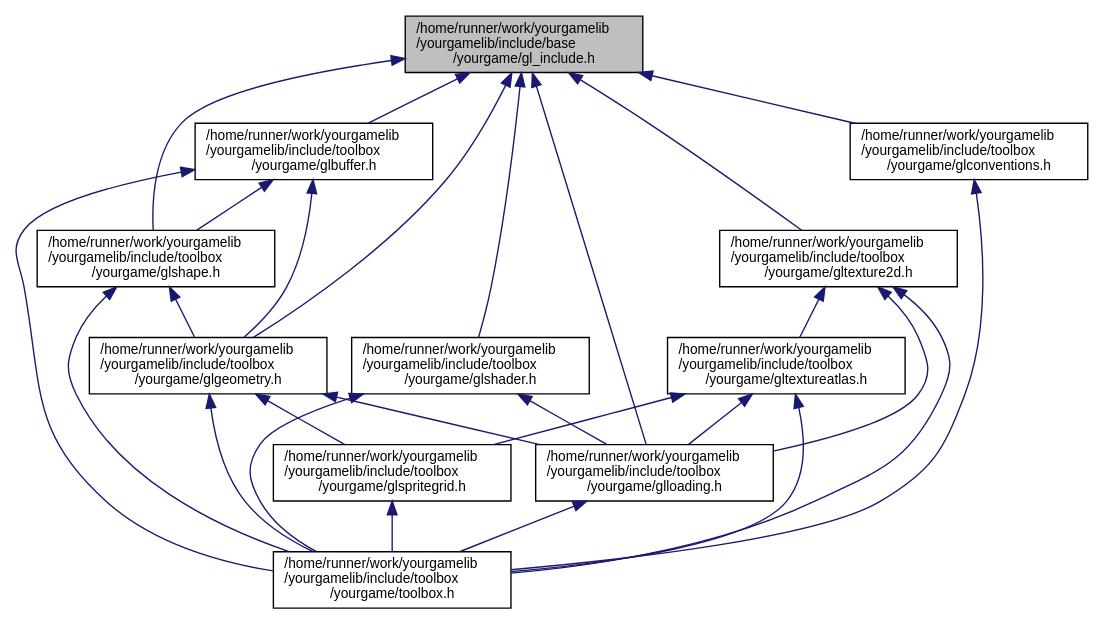
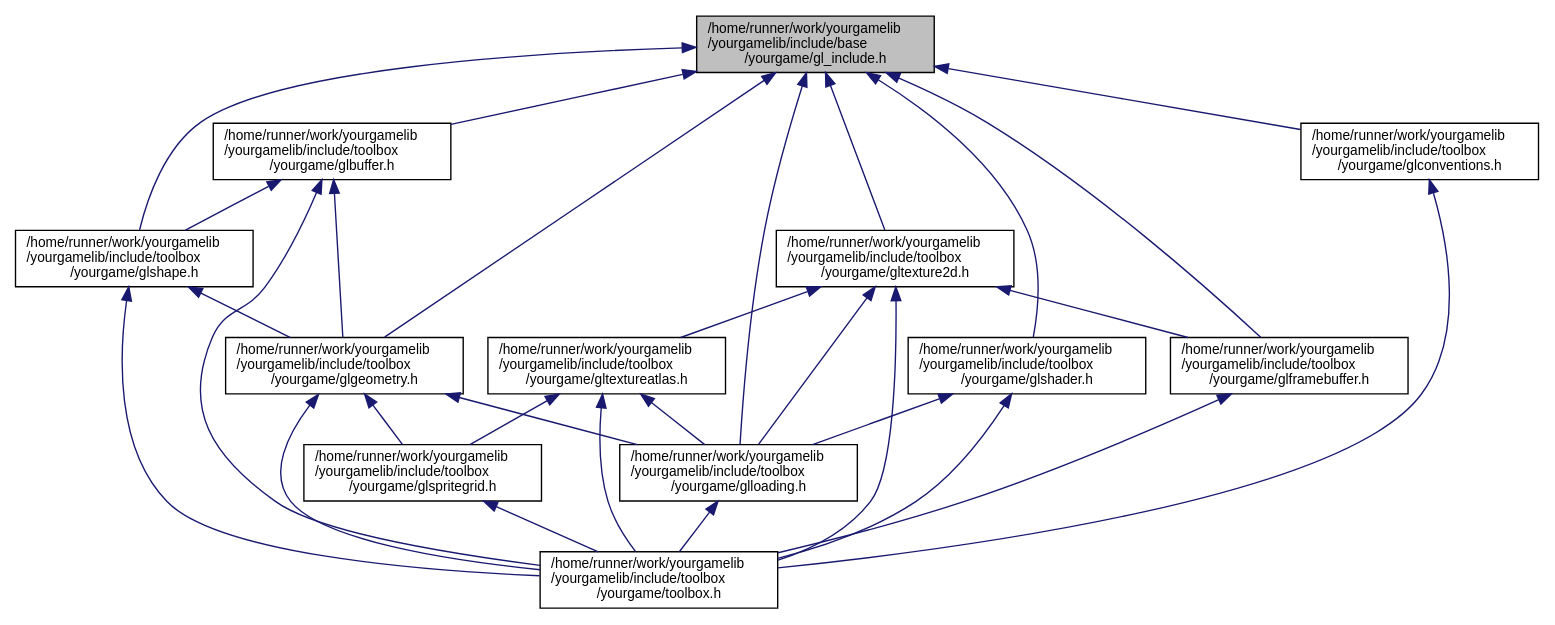
One commit to duddel/yourgamelib changed the diagram in gl__include_8h__dep__incl.dot. Above: the diagram before and after it, drawn with Graphviz. The commit also changed 75 other files, not shown here.

```diff
--- a/gl__include_8h__dep__incl.dot
+++ b/gl__include_8h__dep__incl.dot
@@ -1,42 +1,46 @@
 digraph "/home/runner/work/yourgamelib/yourgamelib/include/base/yourgame/gl_include.h"
 {
   edge [fontname="Helvetica",fontsize="10",labelfontname="Helvetica",labelfontsize="10"];
   node [fontname="Helvetica",fontsize="10",shape=record];
   Node1 [label="/home/runner/work/yourgamelib\l/yourgamelib/include/base\l/yourgame/gl_include.h",height=0.2,width=0.4,color="black", fillcolor="grey75", style="filled", fontcolor="black"];
   Node1 -> Node2 [dir="back",color="midnightblue",fontsize="10",style="solid",fontname="Helvetica"];
   Node2 [label="/home/runner/work/yourgamelib\l/yourgamelib/include/toolbox\l/yourgame/glbuffer.h",height=0.2,width=0.4,color="black", fillcolor="white", style="filled",URL="$glbuffer_8h.html"];
   Node2 -> Node3 [dir="back",color="midnightblue",fontsize="10",style="solid",fontname="Helvetica"];
   Node3 [label="/home/runner/work/yourgamelib\l/yourgamelib/include/toolbox\l/yourgame/glgeometry.h",height=0.2,width=0.4,color="black", fillcolor="white", style="filled",URL="$glgeometry_8h.html"];
   Node3 -> Node4 [dir="back",color="midnightblue",fontsize="10",style="solid",fontname="Helvetica"];
   Node4 [label="/home/runner/work/yourgamelib\l/yourgamelib/include/toolbox\l/yourgame/glloading.h",height=0.2,width=0.4,color="black", fillcolor="white", style="filled",URL="$glloading_8h.html"];
   Node4 -> Node5 [dir="back",color="midnightblue",fontsize="10",style="solid",fontname="Helvetica"];
   Node5 [label="/home/runner/work/yourgamelib\l/yourgamelib/include/toolbox\l/yourgame/toolbox.h",height=0.2,width=0.4,color="black", fillcolor="white", style="filled",URL="$toolbox_8h.html"];
   Node3 -> Node6 [dir="back",color="midnightblue",fontsize="10",style="solid",fontname="Helvetica"];
   Node6 [label="/home/runner/work/yourgamelib\l/yourgamelib/include/toolbox\l/yourgame/glspritegrid.h",height=0.2,width=0.4,color="black", fillcolor="white", style="filled",URL="$glspritegrid_8h.html"];
   Node6 -> Node5 [dir="back",color="midnightblue",fontsize="10",style="solid",fontname="Helvetica"];
   Node3 -> Node5 [dir="back",color="midnightblue",fontsize="10",style="solid",fontname="Helvetica"];
   Node2 -> Node7 [dir="back",color="midnightblue",fontsize="10",style="solid",fontname="Helvetica"];
   Node7 [label="/home/runner/work/yourgamelib\l/yourgamelib/include/toolbox\l/yourgame/glshape.h",height=0.2,width=0.4,color="black", fillcolor="white", style="filled",URL="$glshape_8h.html"];
   Node7 -> Node3 [dir="back",color="midnightblue",fontsize="10",style="solid",fontname="Helvetica"];
   Node7 -> Node5 [dir="back",color="midnightblue",fontsize="10",style="solid",fontname="Helvetica"];
   Node2 -> Node5 [dir="back",color="midnightblue",fontsize="10",style="solid",fontname="Helvetica"];
   Node1 -> Node8 [dir="back",color="midnightblue",fontsize="10",style="solid",fontname="Helvetica"];
   Node8 [label="/home/runner/work/yourgamelib\l/yourgamelib/include/toolbox\l/yourgame/glconventions.h",height=0.2,width=0.4,color="black", fillcolor="white", style="filled",URL="$glconventions_8h.html"];
   Node8 -> Node5 [dir="back",color="midnightblue",fontsize="10",style="solid",fontname="Helvetica"];
+  Node1 -> Node9 [dir="back",color="midnightblue",fontsize="10",style="solid",fontname="Helvetica"];
+  Node9 [label="/home/runner/work/yourgamelib\l/yourgamelib/include/toolbox\l/yourgame/glframebuffer.h",height=0.2,width=0.4,color="black", fillcolor="white", style="filled",URL="$glframebuffer_8h.html"];
+  Node9 -> Node5 [dir="back",color="midnightblue",fontsize="10",style="solid",fontname="Helvetica"];
   Node1 -> Node3 [dir="back",color="midnightblue",fontsize="10",style="solid",fontname="Helvetica"];
   Node1 -> Node7 [dir="back",color="midnightblue",fontsize="10",style="solid",fontname="Helvetica"];
   Node1 -> Node4 [dir="back",color="midnightblue",fontsize="10",style="solid",fontname="Helvetica"];
-  Node1 -> Node9 [dir="back",color="midnightblue",fontsize="10",style="solid",fontname="Helvetica"];
-  Node9 [label="/home/runner/work/yourgamelib\l/yourgamelib/include/toolbox\l/yourgame/glshader.h",height=0.2,width=0.4,color="black", fillcolor="white", style="filled",URL="$glshader_8h.html"];
-  Node9 -> Node4 [dir="back",color="midnightblue",fontsize="10",style="solid",fontname="Helvetica"];
-  Node9 -> Node5 [dir="back",color="midnightblue",fontsize="10",style="solid",fontname="Helvetica"];
   Node1 -> Node10 [dir="back",color="midnightblue",fontsize="10",style="solid",fontname="Helvetica"];
-  Node10 [label="/home/runner/work/yourgamelib\l/yourgamelib/include/toolbox\l/yourgame/gltexture2d.h",height=0.2,width=0.4,color="black", fillcolor="white", style="filled",URL="$gltexture2d_8h.html"];
+  Node10 [label="/home/runner/work/yourgamelib\l/yourgamelib/include/toolbox\l/yourgame/glshader.h",height=0.2,width=0.4,color="black", fillcolor="white", style="filled",URL="$glshader_8h.html"];
   Node10 -> Node4 [dir="back",color="midnightblue",fontsize="10",style="solid",fontname="Helvetica"];
-  Node10 -> Node11 [dir="back",color="midnightblue",fontsize="10",style="solid",fontname="Helvetica"];
-  Node11 [label="/home/runner/work/yourgamelib\l/yourgamelib/include/toolbox\l/yourgame/gltextureatlas.h",height=0.2,width=0.4,color="black", fillcolor="white", style="filled",URL="$gltextureatlas_8h.html"];
+  Node10 -> Node5 [dir="back",color="midnightblue",fontsize="10",style="solid",fontname="Helvetica"];
+  Node1 -> Node11 [dir="back",color="midnightblue",fontsize="10",style="solid",fontname="Helvetica"];
+  Node11 [label="/home/runner/work/yourgamelib\l/yourgamelib/include/toolbox\l/yourgame/gltexture2d.h",height=0.2,width=0.4,color="black", fillcolor="white", style="filled",URL="$gltexture2d_8h.html"];
+  Node11 -> Node9 [dir="back",color="midnightblue",fontsize="10",style="solid",fontname="Helvetica"];
   Node11 -> Node4 [dir="back",color="midnightblue",fontsize="10",style="solid",fontname="Helvetica"];
-  Node11 -> Node6 [dir="back",color="midnightblue",fontsize="10",style="solid",fontname="Helvetica"];
+  Node11 -> Node12 [dir="back",color="midnightblue",fontsize="10",style="solid",fontname="Helvetica"];
+  Node12 [label="/home/runner/work/yourgamelib\l/yourgamelib/include/toolbox\l/yourgame/gltextureatlas.h",height=0.2,width=0.4,color="black", fillcolor="white", style="filled",URL="$gltextureatlas_8h.html"];
+  Node12 -> Node4 [dir="back",color="midnightblue",fontsize="10",style="solid",fontname="Helvetica"];
+  Node12 -> Node6 [dir="back",color="midnightblue",fontsize="10",style="solid",fontname="Helvetica"];
+  Node12 -> Node5 [dir="back",color="midnightblue",fontsize="10",style="solid",fontname="Helvetica"];
   Node11 -> Node5 [dir="back",color="midnightblue",fontsize="10",style="solid",fontname="Helvetica"];
-  Node10 -> Node5 [dir="back",color="midnightblue",fontsize="10",style="solid",fontname="Helvetica"];
 }
```
